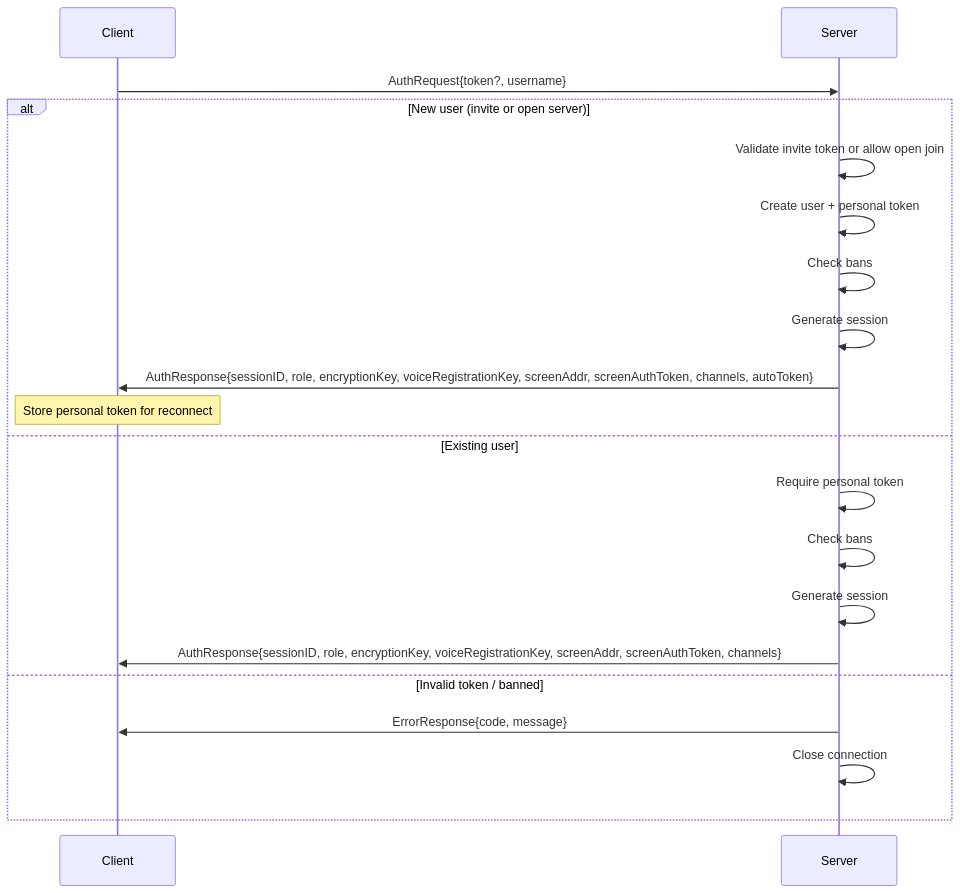
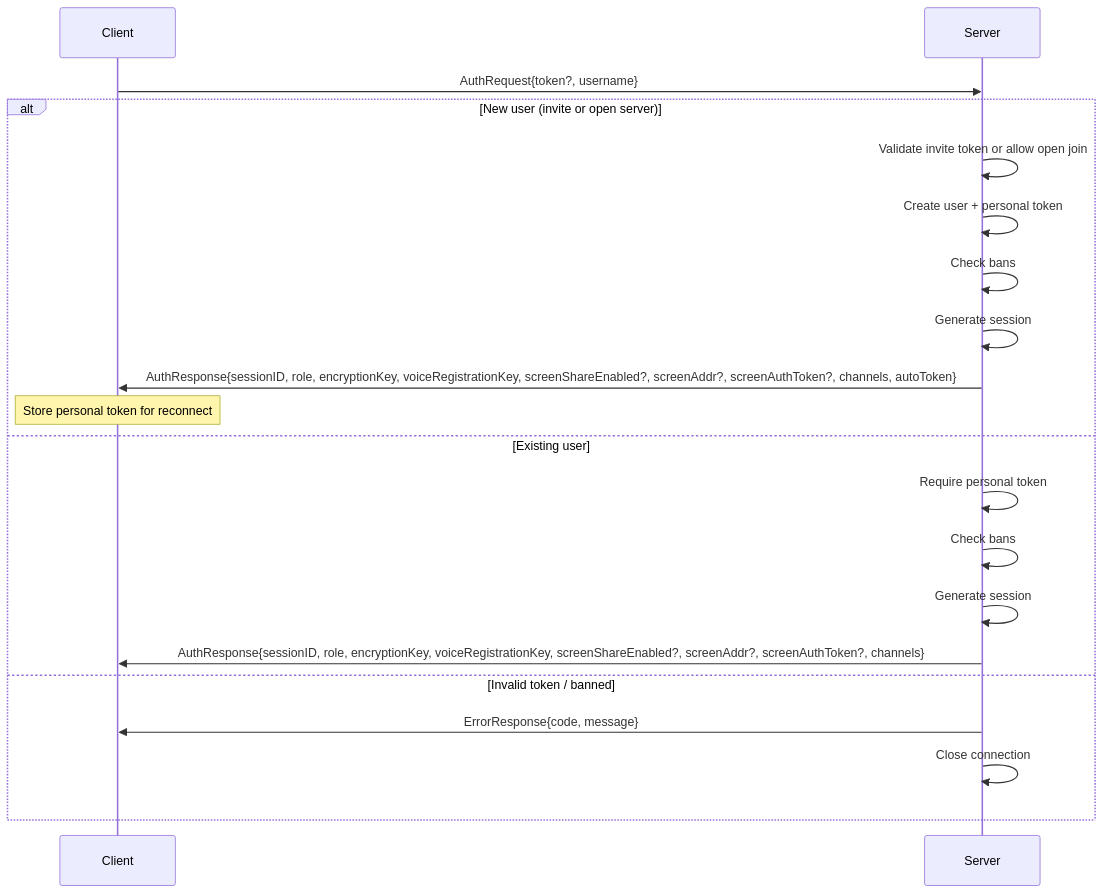
The first of 4 diagrams in docs/protocol.md (NicolasHaas/gospeak), drawn with Mermaid before and after one commit. The commit also changed other lines of this file and 6 other files, not shown here.

````diff
--- a/docs/protocol.md
+++ b/docs/protocol.md
@@ -56,23 +56,23 @@
 ```mermaid
 sequenceDiagram
     participant C as Client
     participant S as Server
 
     C->>S: AuthRequest{token?, username}
     alt New user (invite or open server)
         S->>S: Validate invite token or allow open join
         S->>S: Create user + personal token
         S->>S: Check bans
         S->>S: Generate session
-        S->>C: AuthResponse{sessionID, role, encryptionKey, voiceRegistrationKey, screenAddr, screenAuthToken, channels, autoToken}
+        S->>C: AuthResponse{sessionID, role, encryptionKey, voiceRegistrationKey, screenShareEnabled?, screenAddr?, screenAuthToken?, channels, autoToken}
         Note over C: Store personal token for reconnect
     else Existing user
         S->>S: Require personal token
         S->>S: Check bans
         S->>S: Generate session
-        S->>C: AuthResponse{sessionID, role, encryptionKey, voiceRegistrationKey, screenAddr, screenAuthToken, channels}
+        S->>C: AuthResponse{sessionID, role, encryptionKey, voiceRegistrationKey, screenShareEnabled?, screenAddr?, screenAuthToken?, channels}
     else Invalid token / banned
         S->>C: ErrorResponse{code, message}
         S->>S: Close connection
     end
 ```
````
